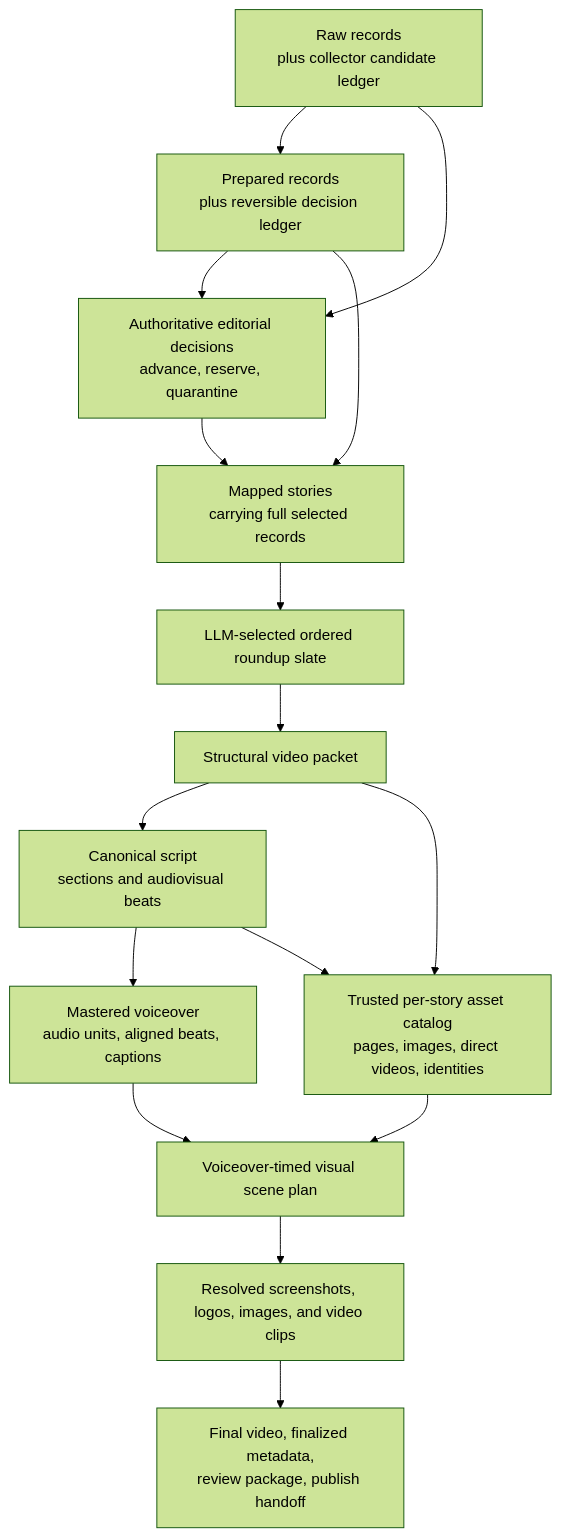
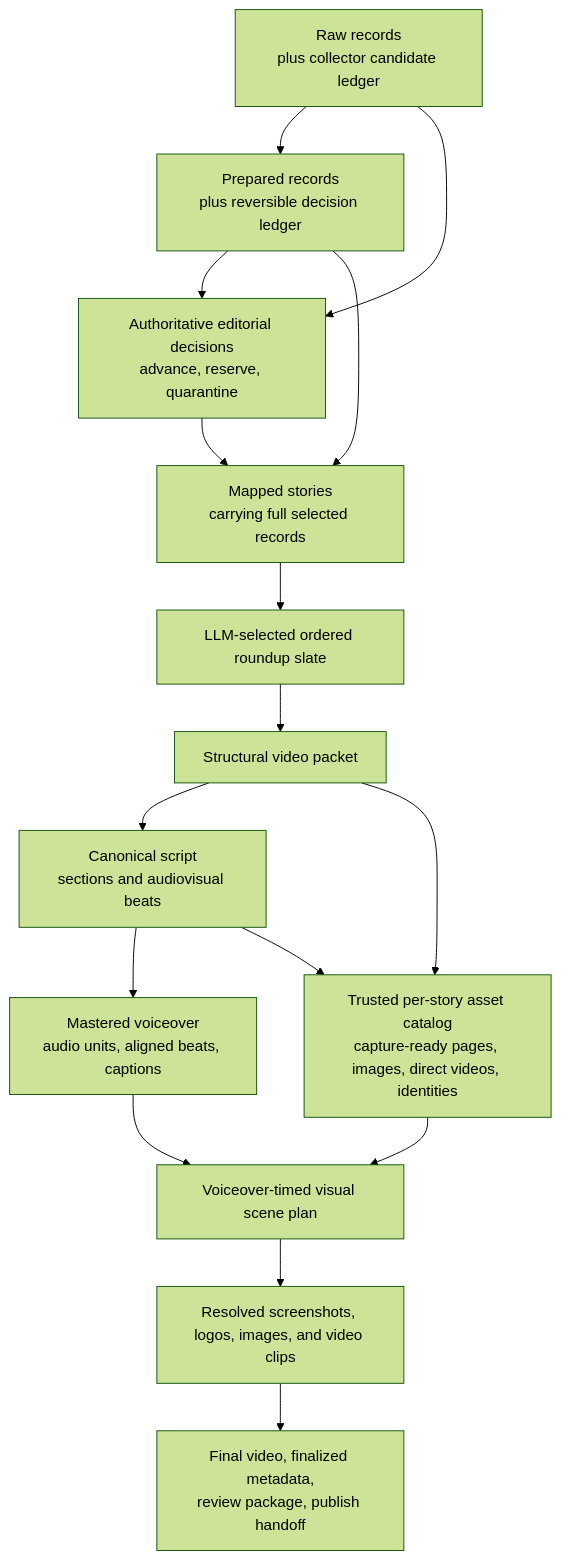
The second of 7 diagrams in docs/current_system_architecture.md (Eswar021/ai-news-pipeline), drawn with Mermaid (forest theme) before and after one commit. The commit also changed other lines of this file and 14 other files, not shown here.

````diff
--- a/docs/current_system_architecture.md
+++ b/docs/current_system_architecture.md
@@ -149,26 +149,26 @@
 ```mermaid
 flowchart TD
     raw[Raw records<br/>plus collector candidate ledger]
     prepared[Prepared records<br/>plus reversible decision ledger]
     decisions[Authoritative editorial decisions<br/>advance, reserve, quarantine]
     stories[Mapped stories<br/>carrying full selected records]
     slate[LLM-selected ordered roundup slate]
     packet[Structural video packet]
     beats[Canonical script<br/>sections and audiovisual beats]
     voice[Mastered voiceover<br/>audio units, aligned beats, captions]
-    catalog[Trusted per-story asset catalog<br/>pages, images, direct videos, identities]
+    catalog[Trusted per-story asset catalog<br/>capture-ready pages, images, direct videos, identities]
     scenes[Voiceover-timed visual scene plan]
     media[Resolved screenshots, logos, images, and video clips]
     final[Final video, finalized metadata,<br/>review package, publish handoff]
 
     raw --> prepared
     raw --> decisions
     prepared --> decisions
     prepared --> stories
     decisions --> stories
     stories --> slate --> packet --> beats --> voice
     packet --> catalog
     beats --> catalog
     voice --> scenes
     catalog --> scenes --> media --> final
 ```
````
